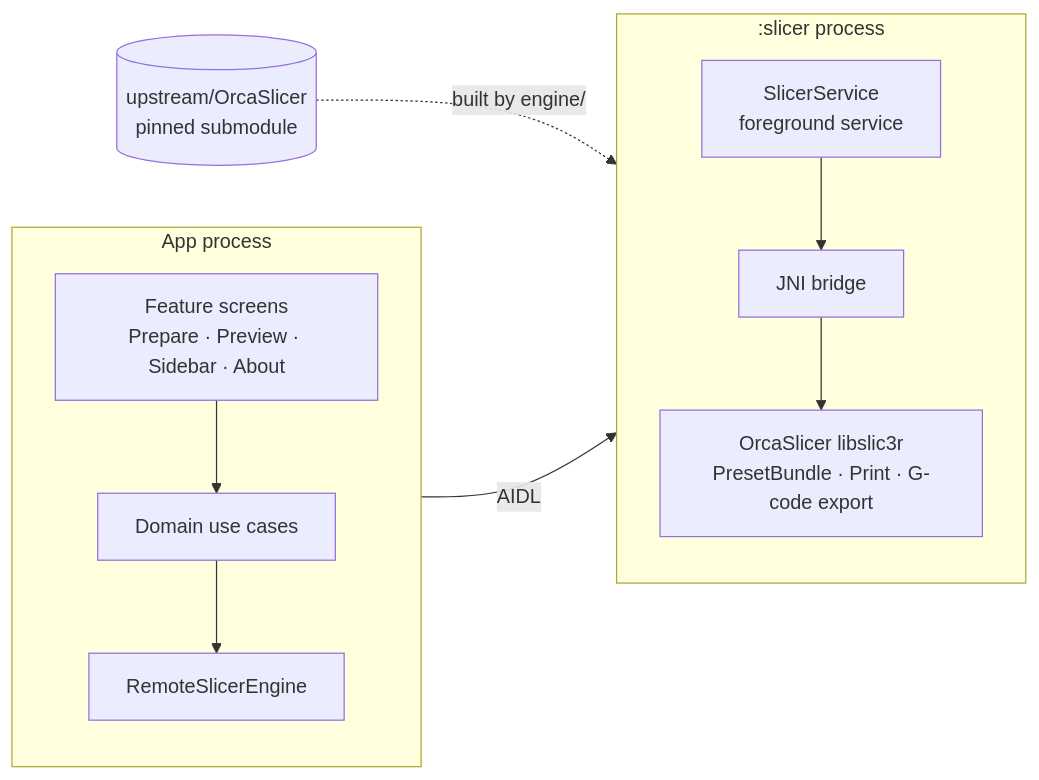
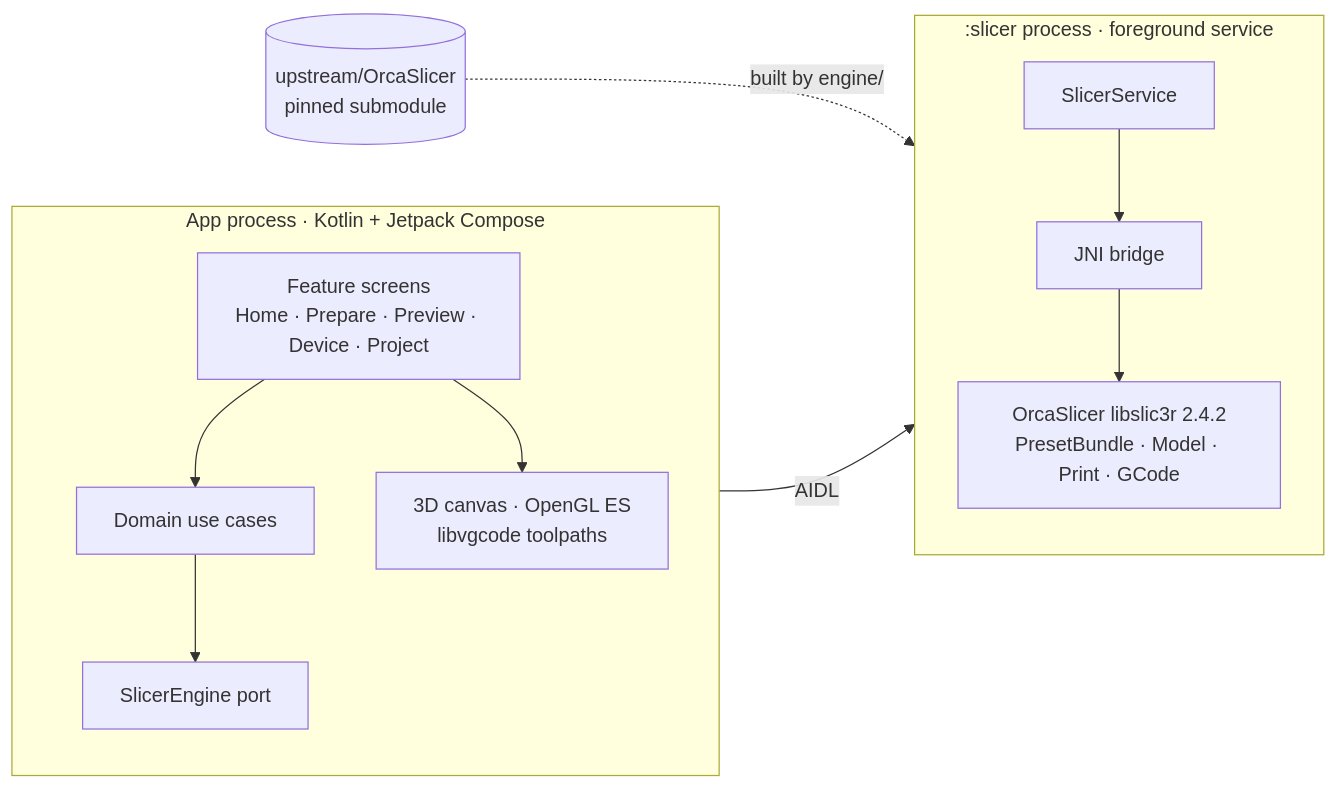
One commit to ArtLoz/-Orcinus changed the diagram in README.md. Above: the diagram before and after it, drawn with Mermaid. The commit also changed other lines of this file and 1 other file, not shown here.

Commit message:
Rewrite the README in English and Russian for the finished port: what it does, how it is verified against desktop OrcaSlicer, how it is built

````diff
--- a/README.md
+++ b/README.md
@@ -60,15 +100,20 @@
 ```mermaid
 flowchart LR
-    subgraph ui["App process"]
+    subgraph app["App process · Kotlin + Jetpack Compose"]
         direction TB
-        features["Feature screens<br/>Prepare · Preview · Sidebar · About"] --> domain["Domain use cases"]
-        domain --> remote["RemoteSlicerEngine"]
+        ui["Feature screens<br/>Home · Prepare · Preview · Device · Project"]
+        render["3D canvas · OpenGL ES<br/>libvgcode toolpaths"]
+        domain["Domain use cases"]
+        port["SlicerEngine port"]
+        ui --> domain
+        ui --> render
+        domain --> port
     end
-    subgraph slicer[":slicer process"]
+    subgraph slicer[":slicer process · foreground service"]
         direction TB
-        service["SlicerService<br/>foreground service"] --> bridge["JNI bridge"]
-        bridge --> orca["OrcaSlicer libslic3r<br/>PresetBundle · Print · G-code export"]
+        service["SlicerService"] --> jni["JNI bridge"]
+        jni --> orca["OrcaSlicer libslic3r 2.4.2<br/>PresetBundle · Model · Print · GCode"]
     end
-    remote -- AIDL --> service
-    upstream[("upstream/OrcaSlicer<br/>pinned submodule")] -. built by engine/ .-> orca
+    port -- AIDL --> service
+    upstream[("upstream/OrcaSlicer<br/>pinned submodule")] -. "built by engine/" .-> orca
 ```
````
